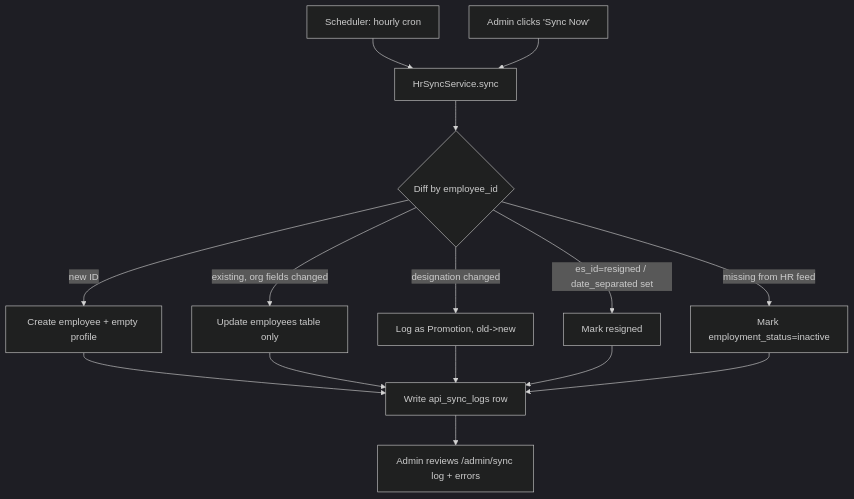
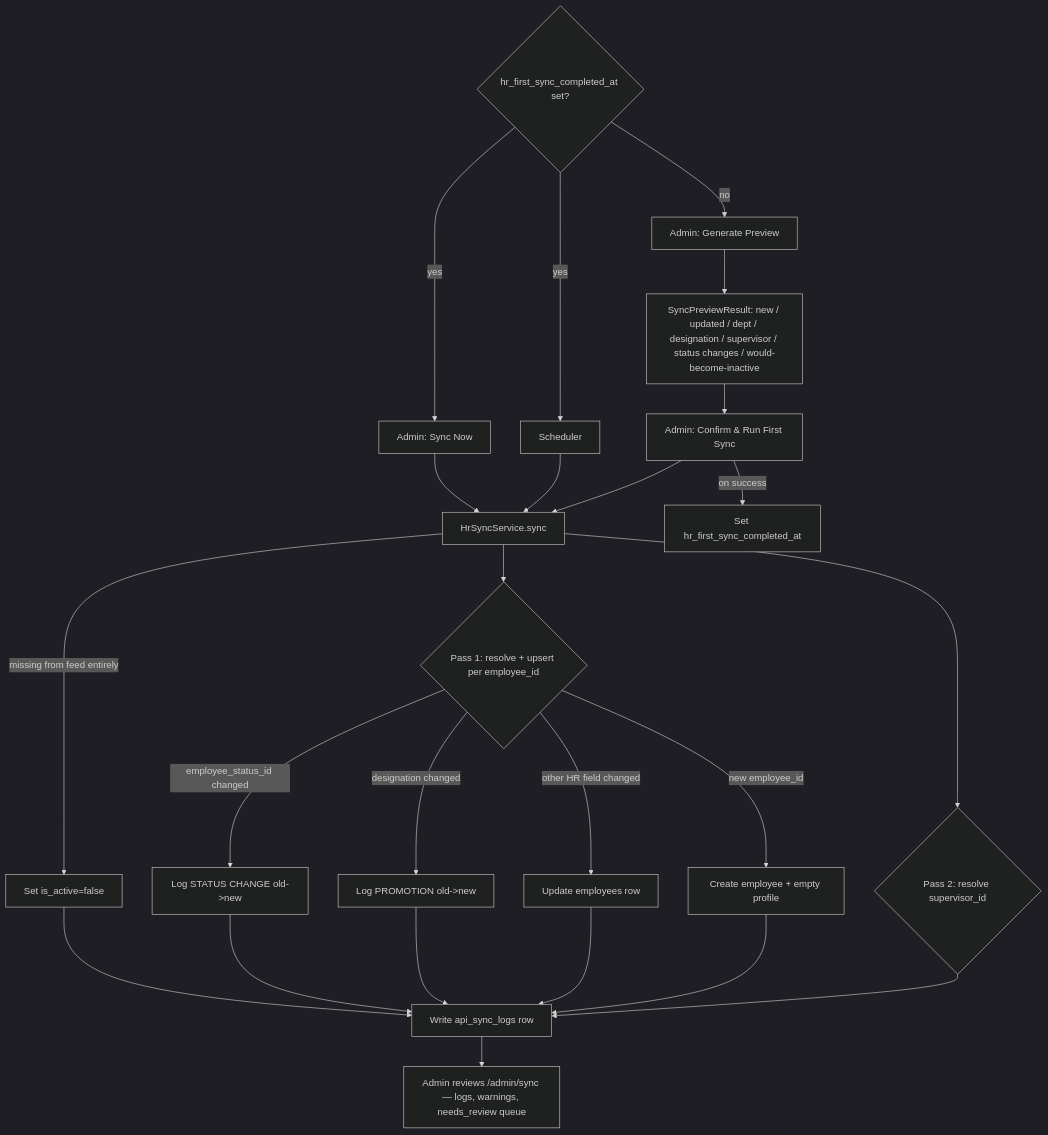
Before and after one commit to arvinmacalinao/one-cherry-employee-directory: the third of 3 diagrams in docs/architecture-plan.md, drawn with Mermaid (dark theme). The commit also changed other lines of this file and 99 other files, not shown here.

First line of the commit message:
Restructure app around HR-driven directory model (architecture-plan.md rev. 2)

````diff
--- a/docs/architecture-plan.md
+++ b/docs/architecture-plan.md
@@ -402,17 +445,25 @@
 ```mermaid
 flowchart TB
-    S[Scheduler: hourly cron] --> T[HrSyncService.sync]
-    U[Admin clicks 'Sync Now'] --> T
-    T --> V{Diff by employee_id}
-    V -->|new ID| W[Create employee + empty profile]
-    V -->|existing, org fields changed| X[Update employees table only]
-    V -->|designation changed| Y[Log as Promotion, old->new]
-    V -->|es_id=resigned / date_separated set| Z1[Mark resigned]
-    V -->|missing from HR feed| Z[Mark employment_status=inactive]
-    W --> AA[Write api_sync_logs row]
+    G{hr_first_sync_completed_at set?}
+    G -->|no| P[Admin: Generate Preview]
+    P --> PR[SyncPreviewResult: new / updated / dept / designation / supervisor / status changes / would-become-inactive]
+    PR --> C[Admin: Confirm & Run First Sync]
+    C --> T
+    G -->|yes| S[Scheduler] --> T
+    G -->|yes| U[Admin: Sync Now] --> T[HrSyncService.sync]
+    T --> V{Pass 1: resolve + upsert per employee_id}
+    V -->|new employee_id| W[Create employee + empty profile]
+    V -->|designation changed| Y[Log PROMOTION old->new]
+    V -->|employee_status_id changed| Y2[Log STATUS CHANGE old->new]
+    V -->|other HR field changed| X[Update employees row]
+    T --> V2{Pass 2: resolve supervisor_id}
+    V2 --> AA[Write api_sync_logs row]
+    W --> AA
     X --> AA
     Y --> AA
-    Z1 --> AA
+    Y2 --> AA
+    T -->|missing from feed entirely| Z[Set is_active=false]
     Z --> AA
-    AA --> AB[Admin reviews /admin/sync log + errors]
+    C -->|on success| SETFLAG[Set hr_first_sync_completed_at]
+    AA --> AB[Admin reviews /admin/sync — logs, warnings, needs_review queue]
 ```
````
